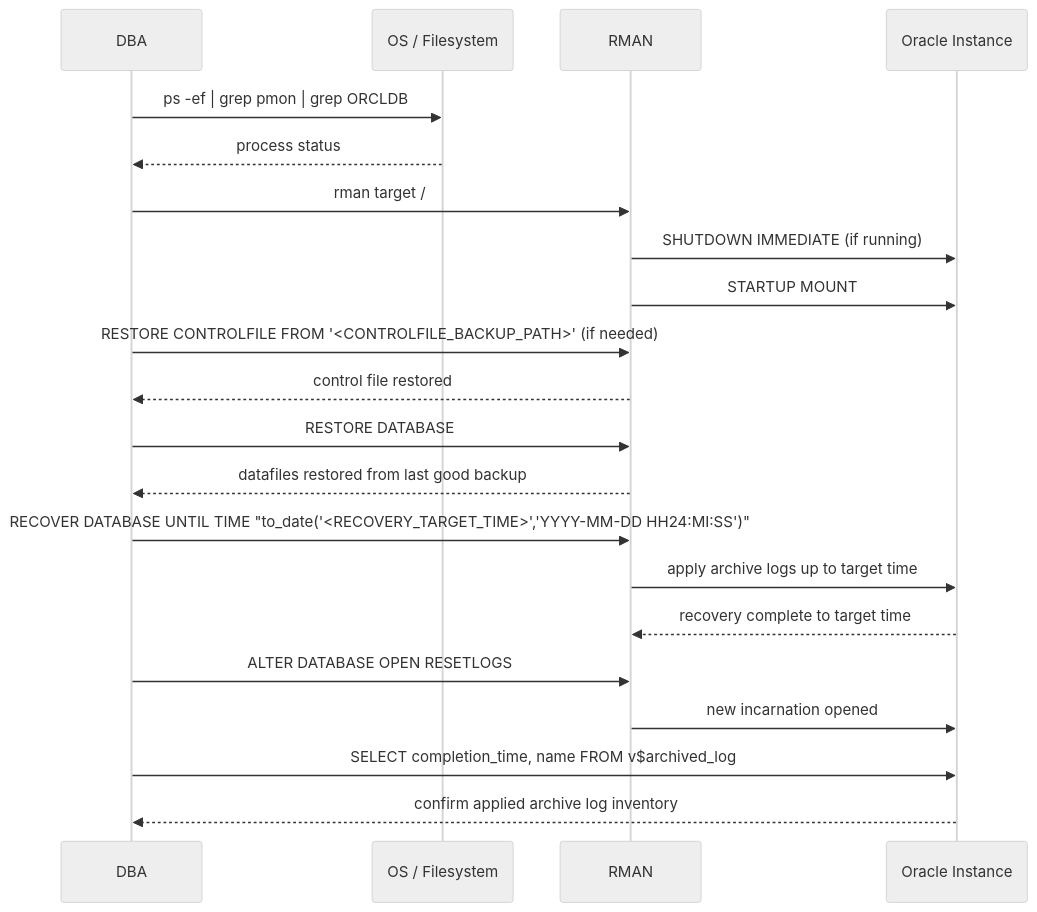
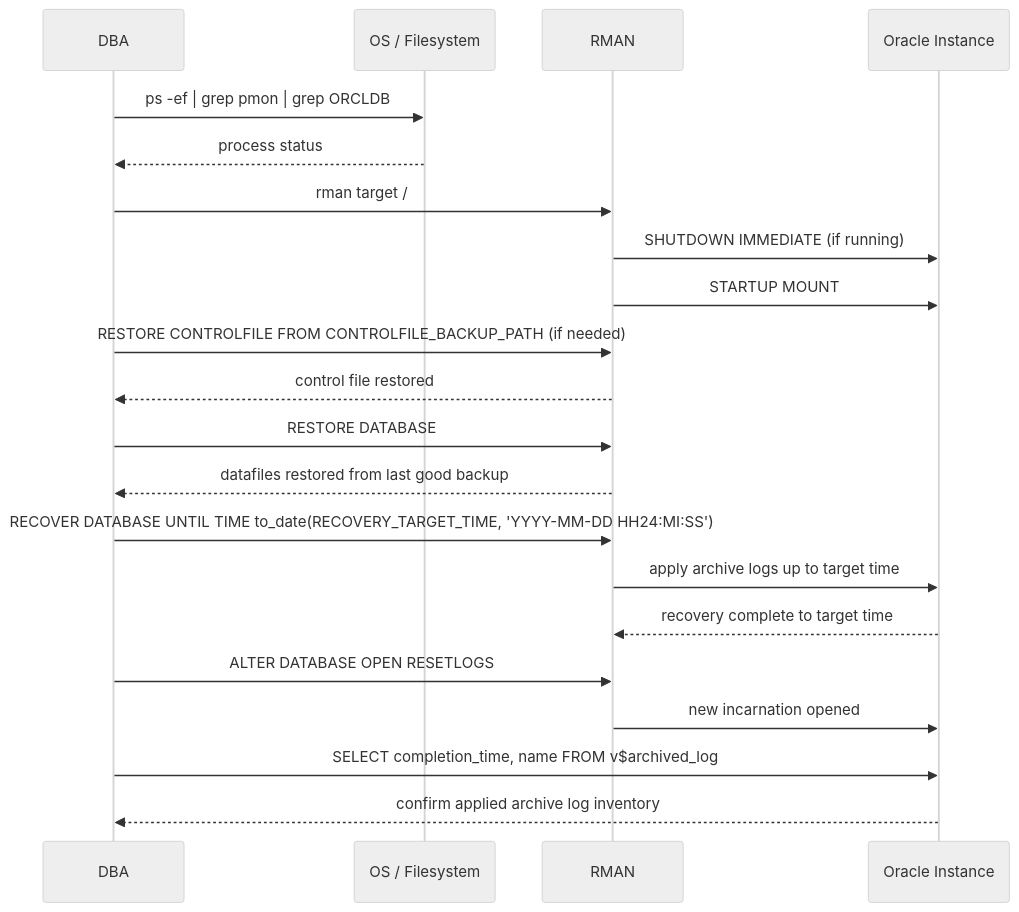
Before and after one commit to seeomkus/oracle-rman: the second of 2 diagrams in oracle-11g-recovery-database-before-crash-ol6.md, drawn with Mermaid (neutral theme). The commit also changed 5 other files, not shown here.

First line of the commit message:
Fix Mermaid diagram rendering by removing angle-bracket placeholders

````diff
--- a/oracle-11g-recovery-database-before-crash-ol6.md
+++ b/oracle-11g-recovery-database-before-crash-ol6.md
@@ -53,24 +53,24 @@
 ```mermaid
 sequenceDiagram
     participant DBA as DBA
     participant OS as OS / Filesystem
     participant RMAN as RMAN
     participant DB as Oracle Instance
 
     DBA->>OS: ps -ef | grep pmon | grep ORCLDB
     OS-->>DBA: process status
     DBA->>RMAN: rman target /
     RMAN->>DB: SHUTDOWN IMMEDIATE (if running)
     RMAN->>DB: STARTUP MOUNT
-    DBA->>RMAN: RESTORE CONTROLFILE FROM '<CONTROLFILE_BACKUP_PATH>' (if needed)
+    DBA->>RMAN: RESTORE CONTROLFILE FROM CONTROLFILE_BACKUP_PATH (if needed)
     RMAN-->>DBA: control file restored
     DBA->>RMAN: RESTORE DATABASE
     RMAN-->>DBA: datafiles restored from last good backup
-    DBA->>RMAN: RECOVER DATABASE UNTIL TIME "to_date('<RECOVERY_TARGET_TIME>','YYYY-MM-DD HH24:MI:SS')"
+    DBA->>RMAN: RECOVER DATABASE UNTIL TIME to_date(RECOVERY_TARGET_TIME, 'YYYY-MM-DD HH24:MI:SS')
     RMAN->>DB: apply archive logs up to target time
     DB-->>RMAN: recovery complete to target time
     DBA->>RMAN: ALTER DATABASE OPEN RESETLOGS
     RMAN->>DB: new incarnation opened
     DBA->>DB: SELECT completion_time, name FROM v$archived_log
     DB-->>DBA: confirm applied archive log inventory
 ```
````
